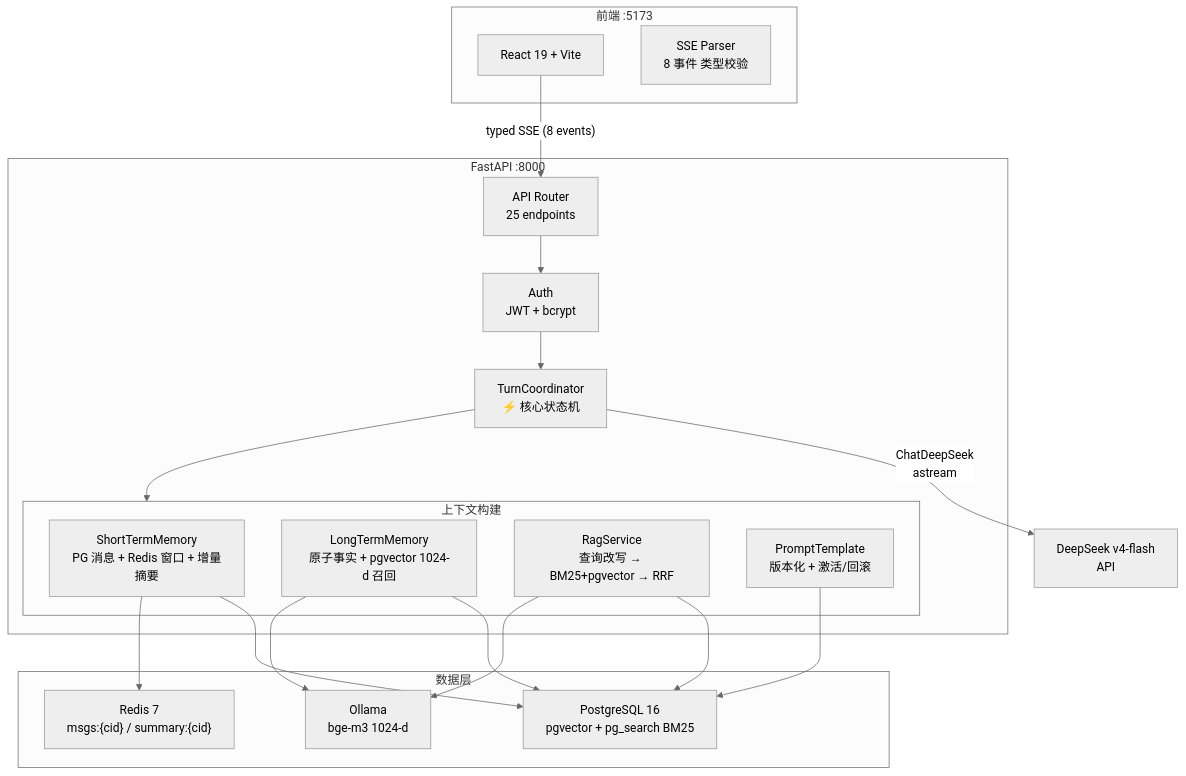
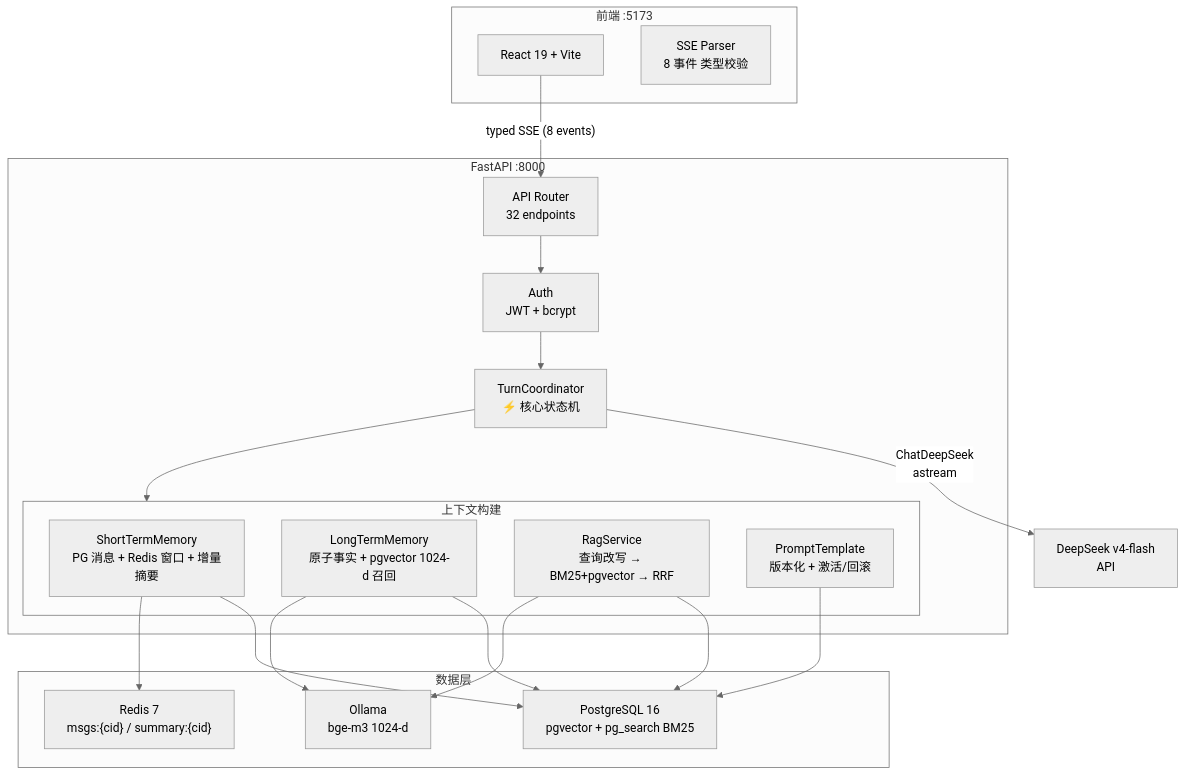
One commit to KevinDeng-0411/AI-CodeReviewCenter changed the diagram in README.md. Above: the diagram before and after it, drawn with Mermaid (neutral theme). The commit also changed other lines of this file and 1 other file, not shown here.

First line of the commit message:
docs(readme): 重构 README - 功能优先 + 完整快速开始 + 截图目录

````diff
--- a/README.md
+++ b/README.md
@@ -13,39 +105,39 @@
 ```mermaid
 graph TB
     subgraph Frontend["前端 :5173"]
         React["React 19 + Vite"]
         SSE["SSE Parser<br/>8 事件 类型校验"]
     end
 
     subgraph Backend["FastAPI :8000"]
-        Router["API Router<br/>25 endpoints"]
+        Router["API Router<br/>32 endpoints"]
         Auth["Auth<br/>JWT + bcrypt"]
         TC["TurnCoordinator<br/>⚡ 核心状态机"]
 
         subgraph Context["上下文构建"]
             STM["ShortTermMemory<br/>PG 消息 + Redis 窗口 + 增量摘要"]
             LTM["LongTermMemory<br/>原子事实 + pgvector 1024-d 召回"]
             RAG["RagService<br/>查询改写 → BM25+pgvector → RRF"]
             PT["PromptTemplate<br/>版本化 + 激活/回滚"]
         end
     end
 
     subgraph Data["数据层"]
         PG["PostgreSQL 16<br/>pgvector + pg_search BM25"]
         Redis["Redis 7<br/>msgs:{cid} / summary:{cid}"]
         Ollama["Ollama<br/>bge-m3 1024-d"]
     end
 
     React -->|"typed SSE (8 events)"| Router
     Router --> Auth
     Auth --> TC
     TC --> Context
     STM --> PG
     STM --> Redis
     LTM --> PG
     LTM --> Ollama
     RAG --> PG
     RAG --> Ollama
     PT --> PG
     TC -->|"ChatDeepSeek<br/>astream"| DS["DeepSeek v4-flash<br/>API"]
 ```
````
